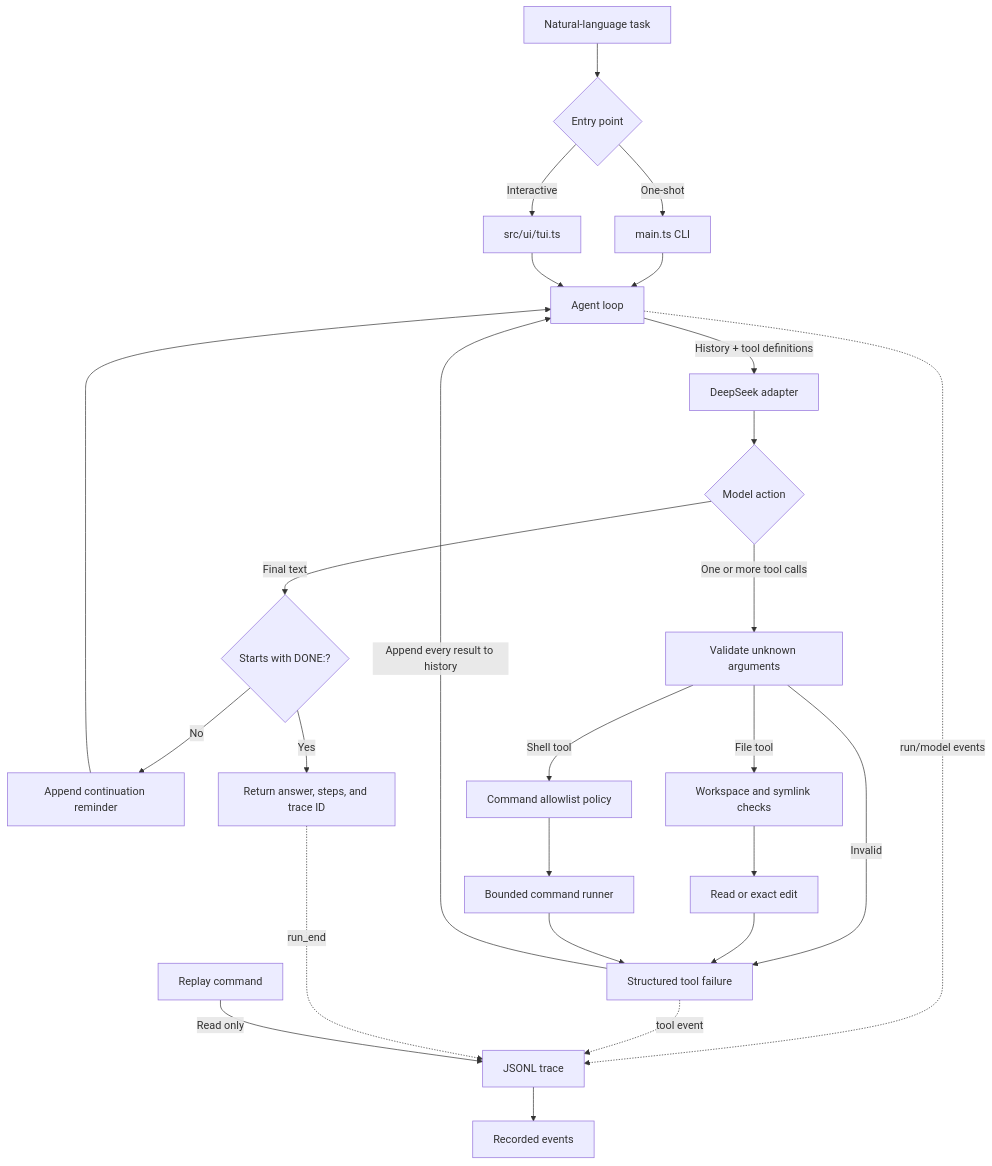
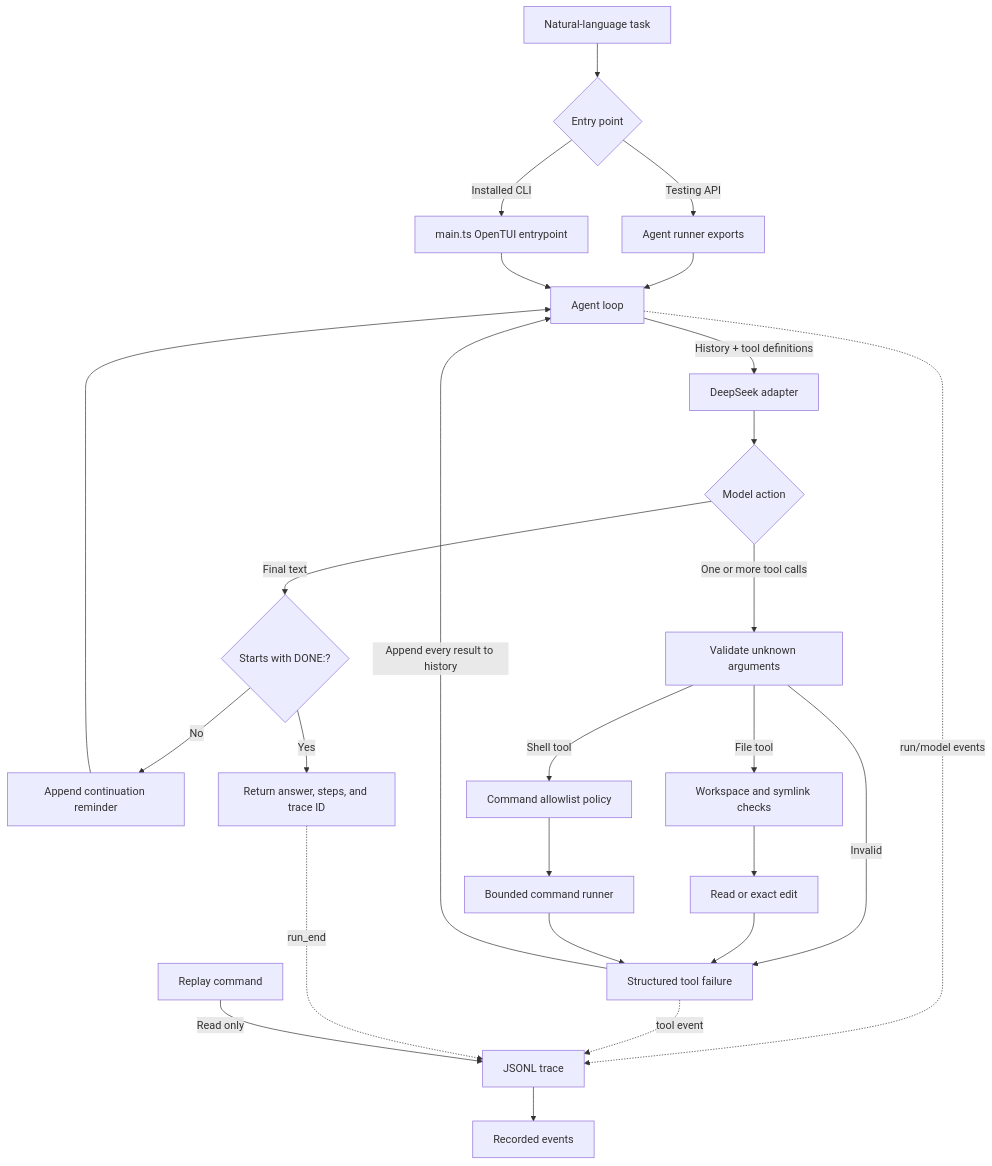
The diagram in README.md (thatShashankGuy/itemD), drawn with Mermaid before and after one commit. The commit also changed other lines of this file and 4 other files, not shown here.

````diff
--- a/README.md
+++ b/README.md
@@ -131,35 +136,35 @@
 ```mermaid
 flowchart TD
     User["Natural-language task"] --> Entry{"Entry point"}
-    Entry -->|One-shot| CLI["main.ts CLI"]
-    Entry -->|Interactive| TUI["src/ui/tui.ts"]
+    Entry -->|Installed CLI| TUI["main.ts OpenTUI entrypoint"]
+    Entry -->|Testing API| CLI["Agent runner exports"]
 
     CLI --> Agent["Agent loop"]
     TUI --> Agent
 
     Agent -->|"History + tool definitions"| Model["DeepSeek adapter"]
     Model --> Decision{"Model action"}
 
     Decision -->|"Final text"| Done{"Starts with DONE:?"}
     Done -->|No| Continue["Append continuation reminder"]
     Continue --> Agent
     Done -->|Yes| Result["Return answer, steps, and trace ID"]
 
     Decision -->|"One or more tool calls"| Validate["Validate unknown arguments"]
     Validate -->|Invalid| Observation["Structured tool failure"]
     Validate -->|File tool| Workspace["Workspace and symlink checks"]
     Validate -->|Shell tool| Policy["Command allowlist policy"]
 
     Workspace --> FileTool["Read or exact edit"]
     Policy --> Command["Bounded command runner"]
     FileTool --> Observation
     Command --> Observation
     Observation -->|"Append every result to history"| Agent
 
     Agent -.->|"run/model events"| Trace["JSONL trace"]
     Observation -.->|"tool event"| Trace
     Result -.->|"run_end"| Trace
 
     Replay["Replay command"] -->|"Read only"| Trace
     Trace --> Display["Recorded events"]
 ```
````
